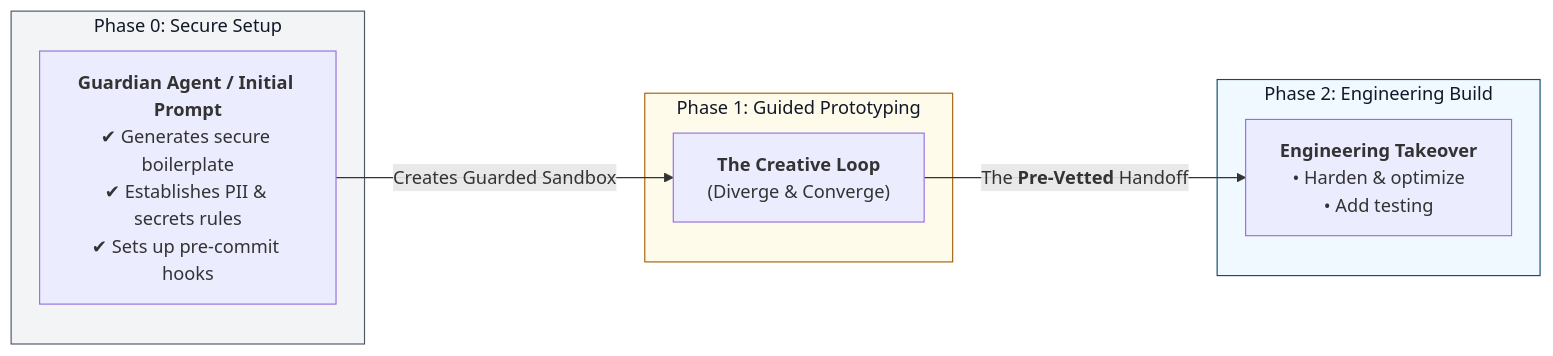
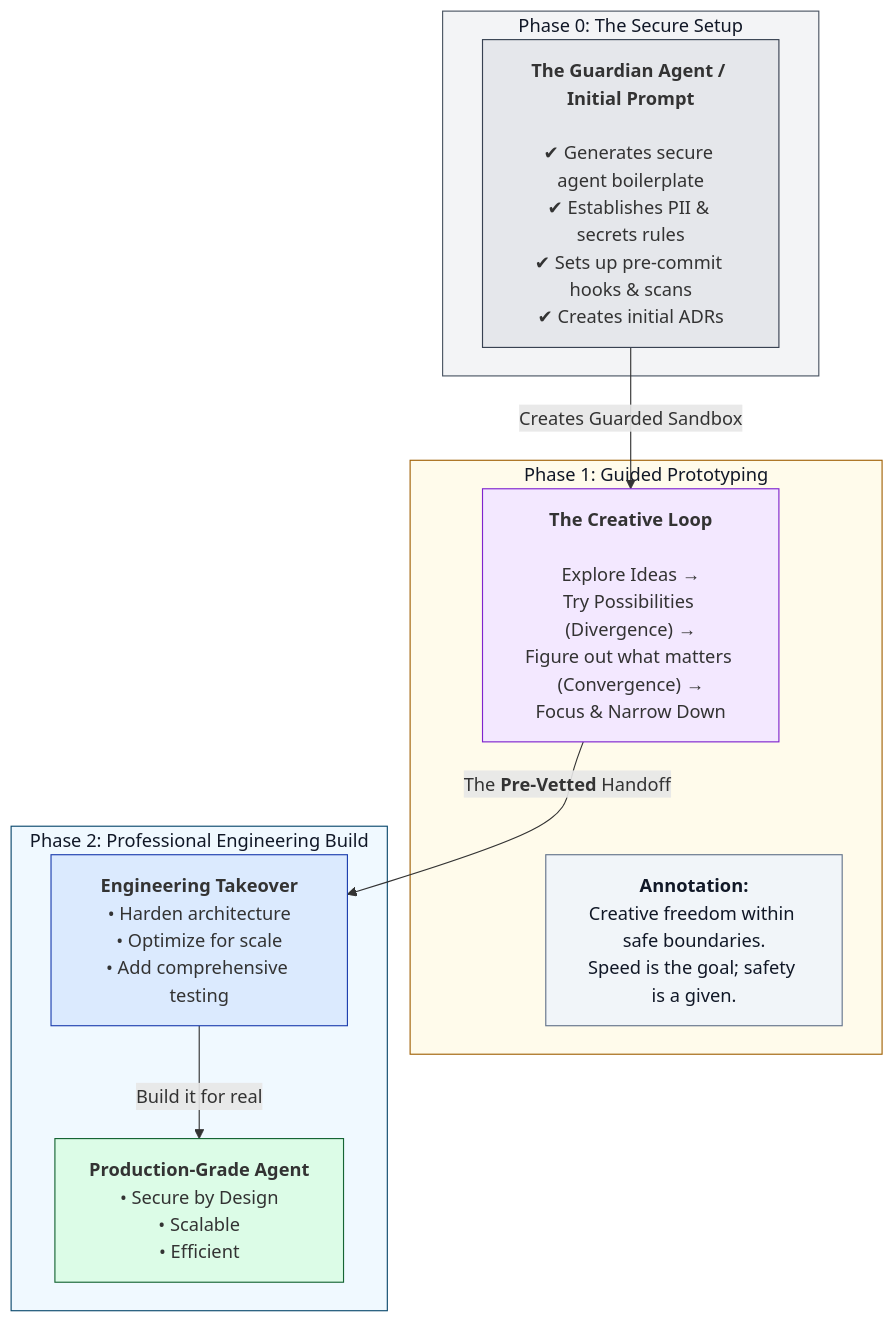
Before and after one commit to richfrem/quantum-diamond: the second of 2 diagrams in README.md, drawn with Mermaid.

Commit message:
updated mermaid

````diff
--- a/README.md
+++ b/README.md
@@ -67,24 +67,37 @@
 ```mermaid
-graph LR
-    %% Phase 0: The Secure Setup (Left)
-    subgraph Phase0 ["Phase 0: Secure Setup"]
+graph TD
+    %% Phase 0: The Secure Setup
+    subgraph Phase0 ["Phase 0: The Secure Setup"]
         style Phase0 fill:#f3f4f6,stroke:#4b5563,color:#111827
-        Setup["<strong>Guardian Agent / Initial Prompt</strong><br/>✔ Generates secure boilerplate<br/>✔ Establishes PII & secrets rules<br/>✔ Sets up pre-commit hooks"]
+        Setup["<strong>The Guardian Agent / Initial Prompt</strong><br/><br/>✔ Generates secure agent boilerplate<br/>✔ Establishes PII & secrets rules<br/>✔ Sets up pre-commit hooks & scans<br/>✔ Creates initial ADRs"]
     end
 
-    %% Phase 1: Guided Prototyping (Middle)
+    %% Phase 1: Guided Prototyping
     subgraph Phase1 ["Phase 1: Guided Prototyping"]
         style Phase1 fill:#fffbeb,stroke:#a16207,color:#111827
-        Loop["<strong>The Creative Loop</strong><br/>(Diverge & Converge)"]
+        Loop["<strong>The Creative Loop</strong><br/><br/>Explore Ideas →<br/>Try Possibilities (Divergence) →<br/>Figure out what matters (Convergence) →<br/>Focus & Narrow Down"]
+        
+        NOTE1["<strong>Annotation:</strong><br/>Creative freedom within safe boundaries.<br/>Speed is the goal; safety is a given."]
+        
+        Loop ~~~ NOTE1;
     end
 
-    %% Phase 2: Professional Engineering (Right)
-    subgraph Phase2 ["Phase 2: Engineering Build"]
+    %% Phase 2: Professional Engineering Build
+    subgraph Phase2 ["Phase 2: Professional Engineering Build"]
         style Phase2 fill:#f0f9ff,stroke:#0c4a6e,color:#111827
-        E["<strong>Engineering Takeover</strong><br/>• Harden & optimize<br/>• Add testing"]
+        E["<strong>Engineering Takeover</strong><br/>• Harden architecture<br/>• Optimize for scale<br/>• Add comprehensive testing"];
+        F["<strong>Production-Grade Agent</strong><br/>• Secure by Design<br/>• Scalable<br/>• Efficient"];
+        E -- "Build it for real" --> F;
     end
 
-    %% --- Connections ---
+    %% --- Connections Between Phases ---
     Setup -- "Creates Guarded Sandbox" --> Loop;
     Loop -- "The <strong>Pre-Vetted</strong> Handoff" --> E;
+
+    %% --- Node Styles ---
+    style Setup fill:#e5e7eb,stroke:#374151
+    style Loop fill:#f3e8ff,stroke:#7e22ce
+    style E fill:#dbeafe,stroke:#1e40af
+    style F fill:#dcfce7,stroke:#166534
+    style NOTE1 fill:#f1f5f9,stroke:#64748b,color:#111827
 ```
````
